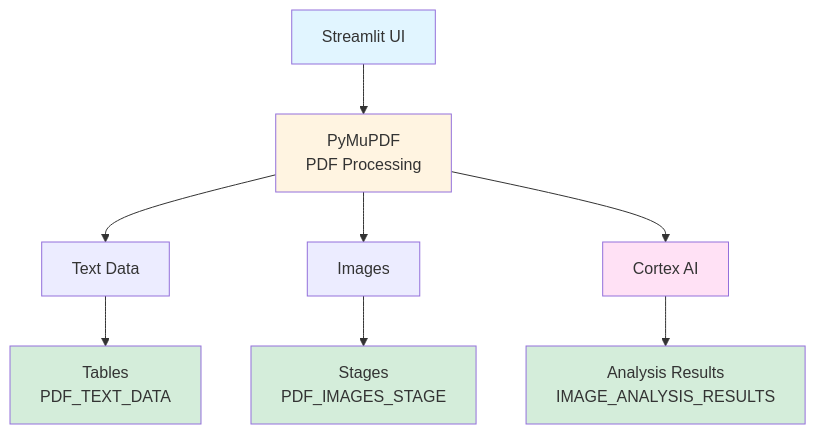
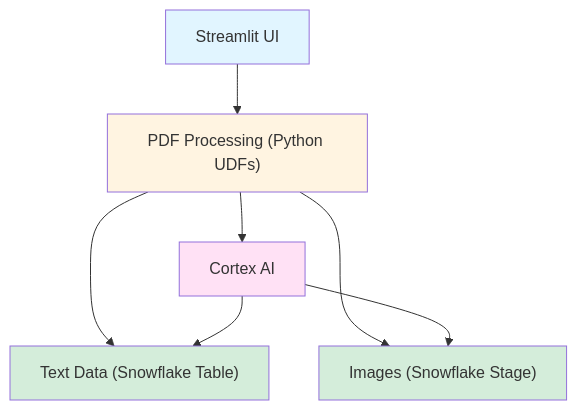
One commit to sfc-gh-sdickson/Consolidated-Analytics changed the third of 7 diagrams in README.md. Above: the diagram before and after it, drawn with Mermaid. The commit also changed other lines of this file and 1 other file, not shown here.

````diff
--- a/README.md
+++ b/README.md
@@ -95,17 +128,15 @@
 ```mermaid
 graph TD
-    A["Streamlit UI"] --> B["PyMuPDF<br/>PDF Processing"]
-    B --> C["Text Data"]
-    B --> D["Images"]
+    A["Streamlit UI"] --> B["PDF Processing (Python UDFs)"]
+    B --> C["Text Data (Snowflake Table)"]
+    B --> D["Images (Snowflake Stage)"]
     B --> E["Cortex AI"]
-    C --> F["Tables<br/>PDF_TEXT_DATA"]
-    D --> G["Stages<br/>PDF_IMAGES_STAGE"]
-    E --> H["Analysis Results<br/>IMAGE_ANALYSIS_RESULTS"]
+    E --> C
+    E --> D
     
     style A fill:#e1f5ff
     style B fill:#fff4e1
     style E fill:#ffe1f5
-    style F fill:#d4edda
-    style G fill:#d4edda
-    style H fill:#d4edda
+    style C fill:#d4edda
+    style D fill:#d4edda
 ```
````
